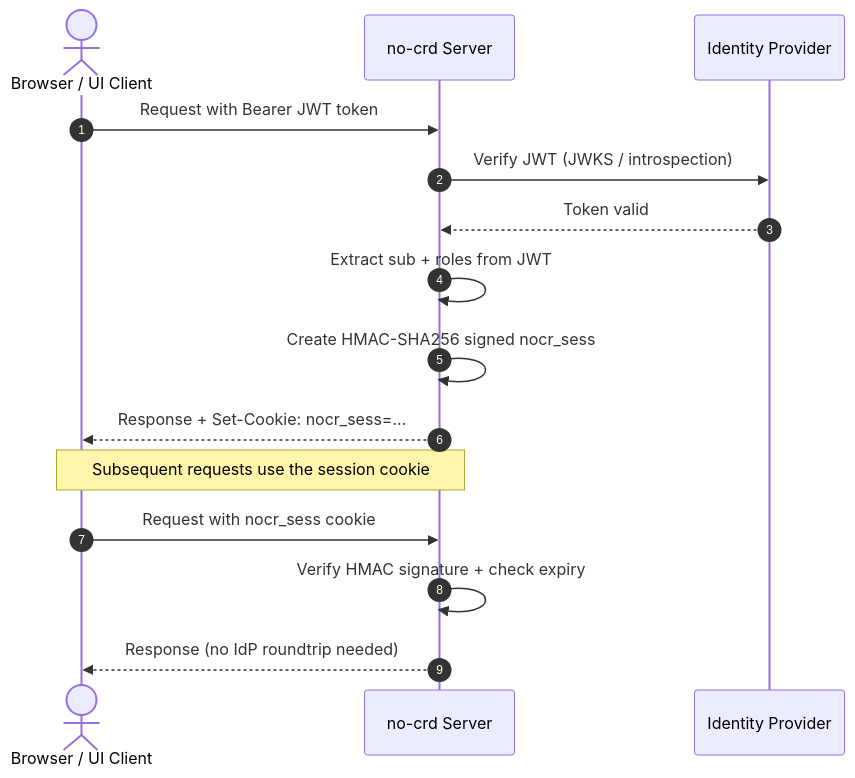
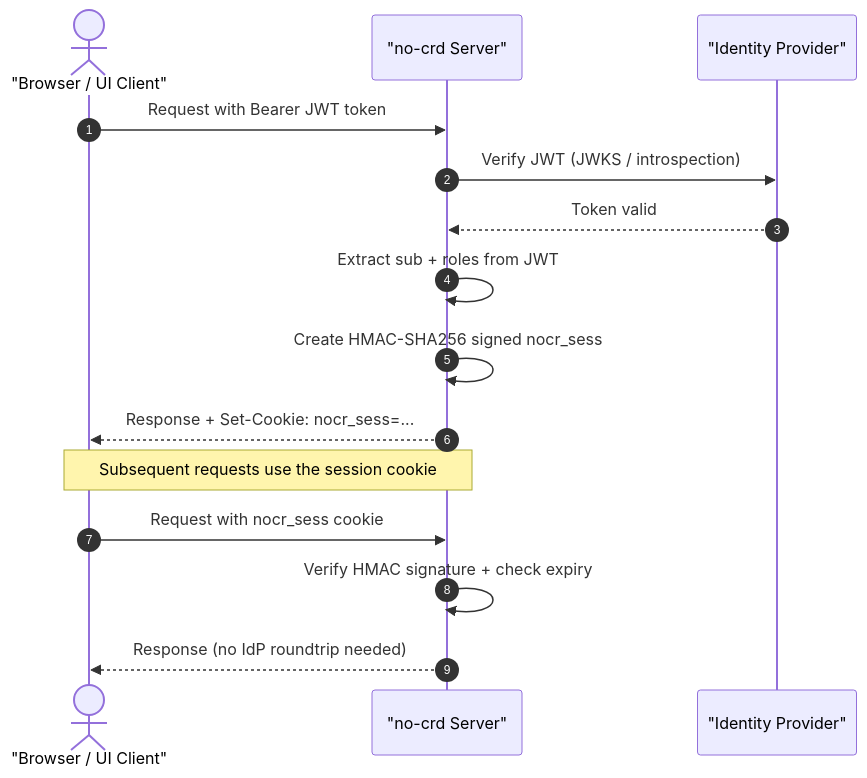
One commit to nogoo9/no-crd changed the first of 3 diagrams in docs/workspace-app-integration.md. Above: the diagram before and after it, drawn with Mermaid. The commit also changed other lines of this file and 16 other files, not shown here.

First line of the commit message:
docs: fix mermaid syntax errors and add setup cheatsheet (#22)

````diff
--- a/docs/workspace-app-integration.md
+++ b/docs/workspace-app-integration.md
@@ -47,18 +50,18 @@
 ```mermaid
 sequenceDiagram
     autonumber
-    actor Browser as Browser / UI Client
-    participant Server as no-crd Server
-    participant IdP as Identity Provider
+    actor Browser as "Browser / UI Client"
+    participant Server as "no-crd Server"
+    participant IdP as "Identity Provider"
 
     Browser->>Server: Request with Bearer JWT token
     Server->>IdP: Verify JWT (JWKS / introspection)
     IdP-->>Server: Token valid
     Server->>Server: Extract sub + roles from JWT
     Server->>Server: Create HMAC-SHA256 signed nocr_sess
     Server-->>Browser: Response + Set-Cookie: nocr_sess=...
     Note over Browser,Server: Subsequent requests use the session cookie
     Browser->>Server: Request with nocr_sess cookie
     Server->>Server: Verify HMAC signature + check expiry
     Server-->>Browser: Response (no IdP roundtrip needed)
 ```
````
